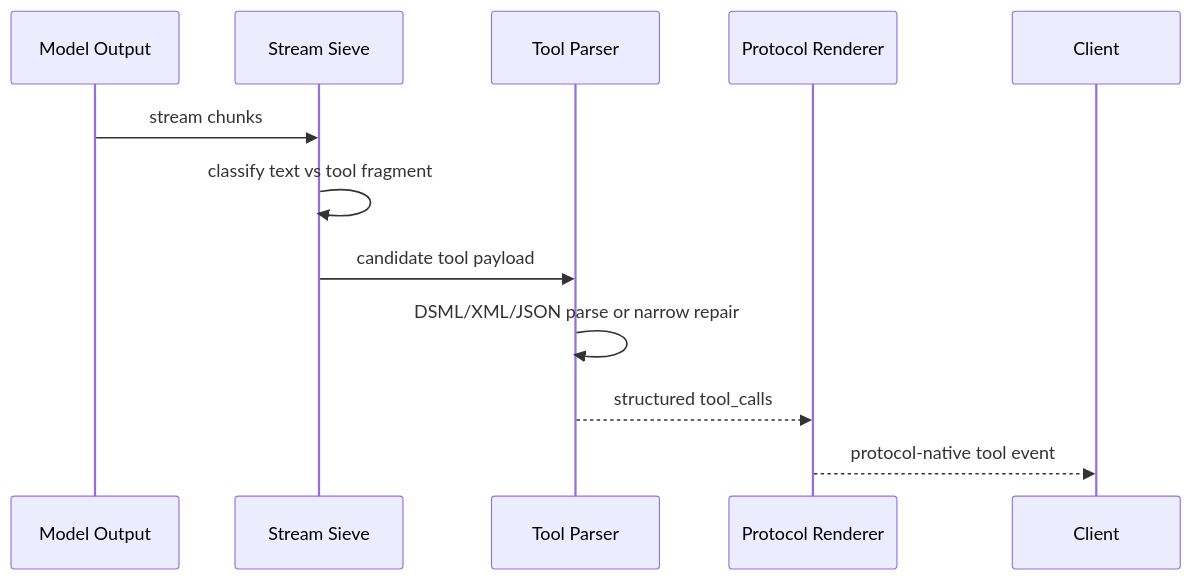
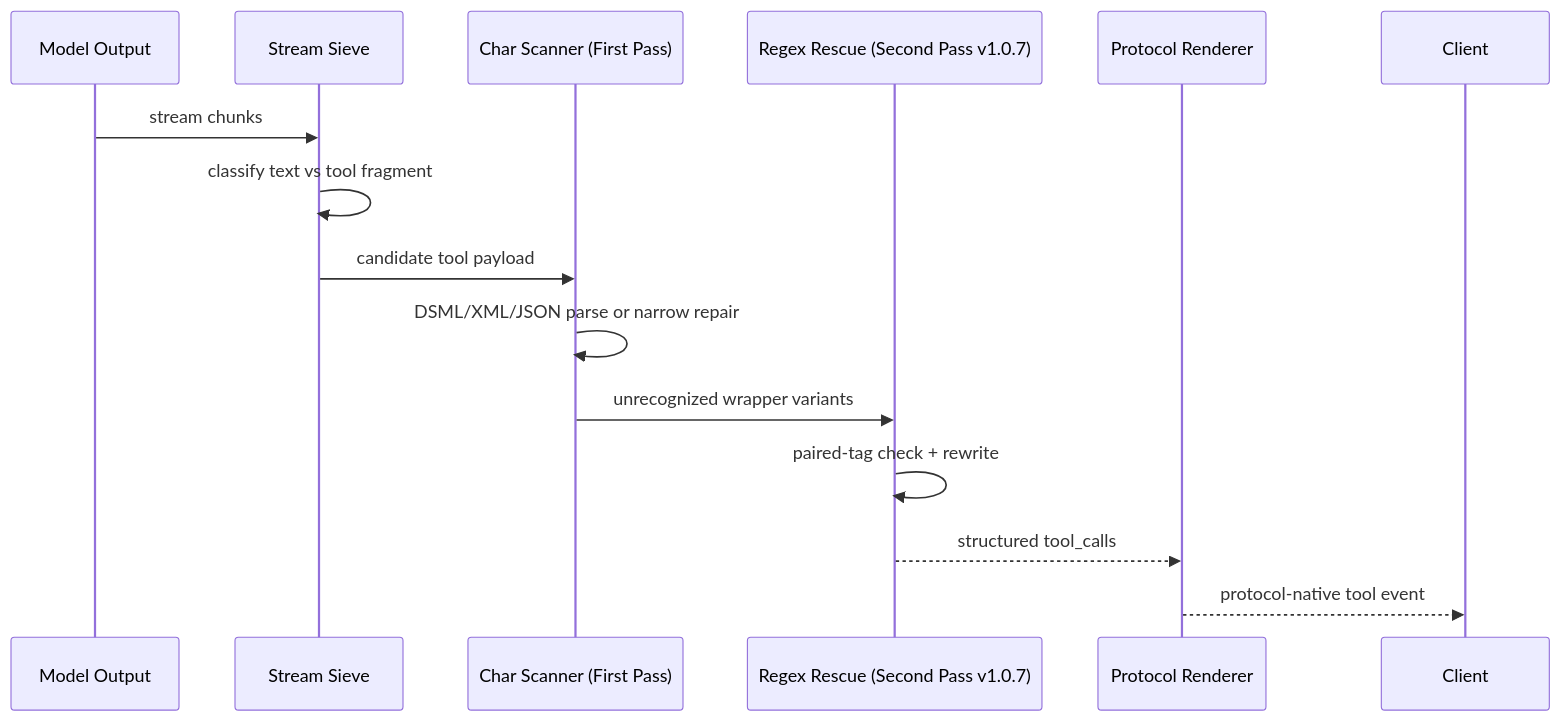
Before and after one commit to marklove5102/DeepSeek_Web_To_API: the second of 2 diagrams in docs/toolcall-semantics.md, drawn with Mermaid. The commit also changed other lines of this file and 17 other files, not shown here.

````diff
--- a/docs/toolcall-semantics.md
+++ b/docs/toolcall-semantics.md
@@ -96,14 +103,17 @@
 ```mermaid
 sequenceDiagram
 participant Model as Model Output
 participant Sieve as Stream Sieve
-participant Parser as Tool Parser
+participant Scanner as Char Scanner (First Pass)
+participant Regex as Regex Rescue (Second Pass v1.0.7)
 participant Render as Protocol Renderer
 participant Client as Client
 Model->>Sieve: stream chunks
 Sieve->>Sieve: classify text vs tool fragment
-Sieve->>Parser: candidate tool payload
-Parser->>Parser: DSML/XML/JSON parse or narrow repair
-Parser-->>Render: structured tool_calls
+Sieve->>Scanner: candidate tool payload
+Scanner->>Scanner: DSML/XML/JSON parse or narrow repair
+Scanner->>Regex: unrecognized wrapper variants
+Regex->>Regex: paired-tag check + rewrite
+Regex-->>Render: structured tool_calls
 Render-->>Client: protocol-native tool event
 ```
````
